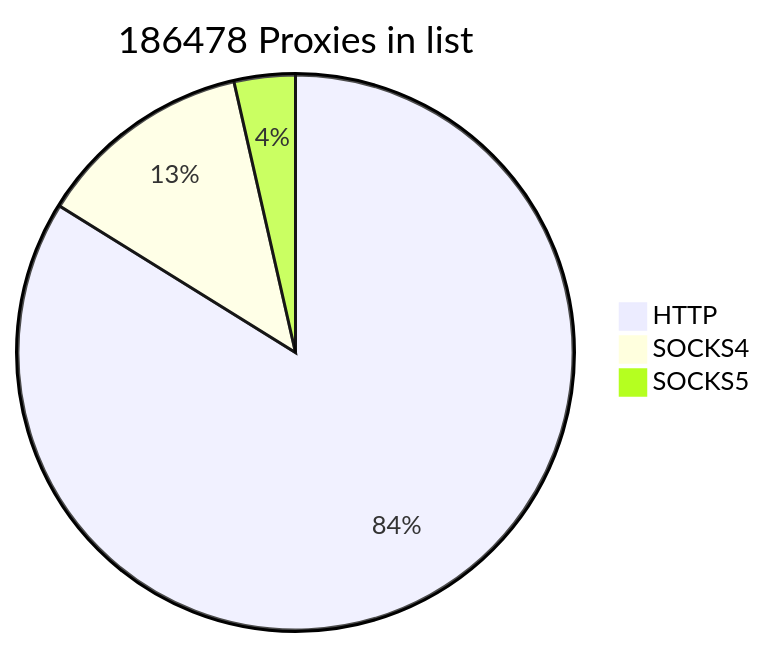
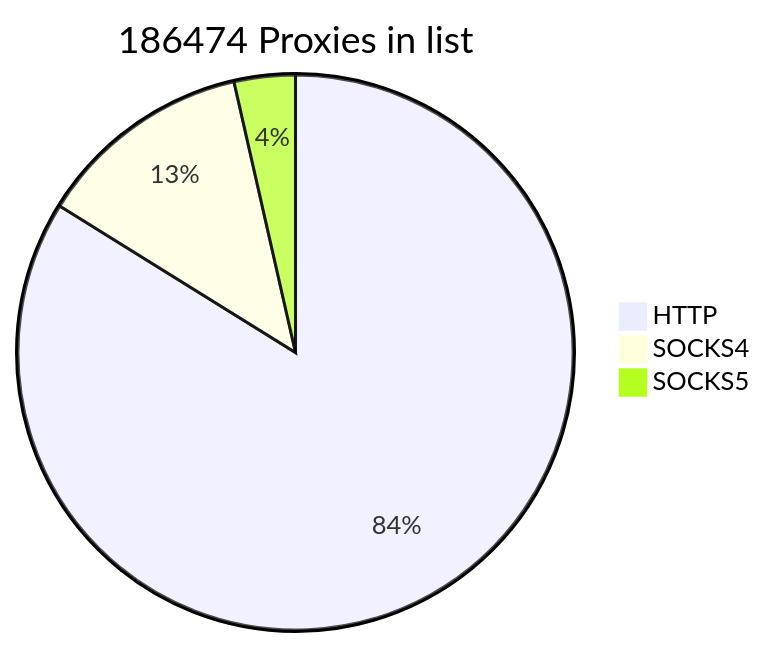
One commit to cutipu/proxylist changed the first of 2 diagrams in README.md. Above: the diagram before and after it, drawn with Mermaid. The commit also changed other lines of this file, not shown here.

````diff
--- a/README.md
+++ b/README.md
@@ -2,7 +2,7 @@
 ```mermaid
-pie title 186478 Proxies in list
+pie title 186474 Proxies in list
     "HTTP" : 156350
-    "SOCKS4" : 23493
+    "SOCKS4" : 23489
     "SOCKS5" : 6635
             
 ```
````
